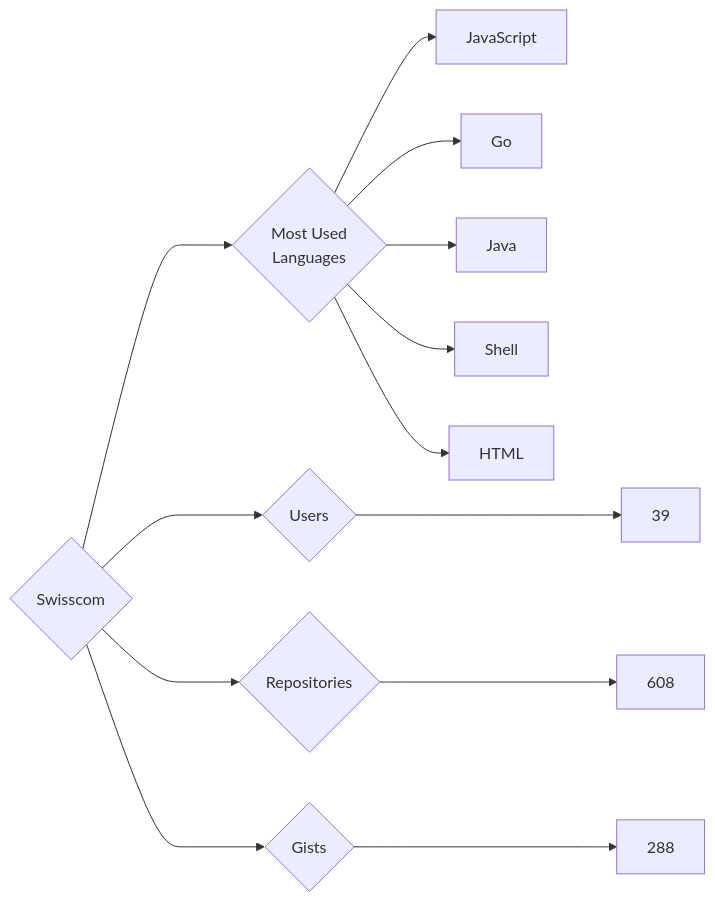
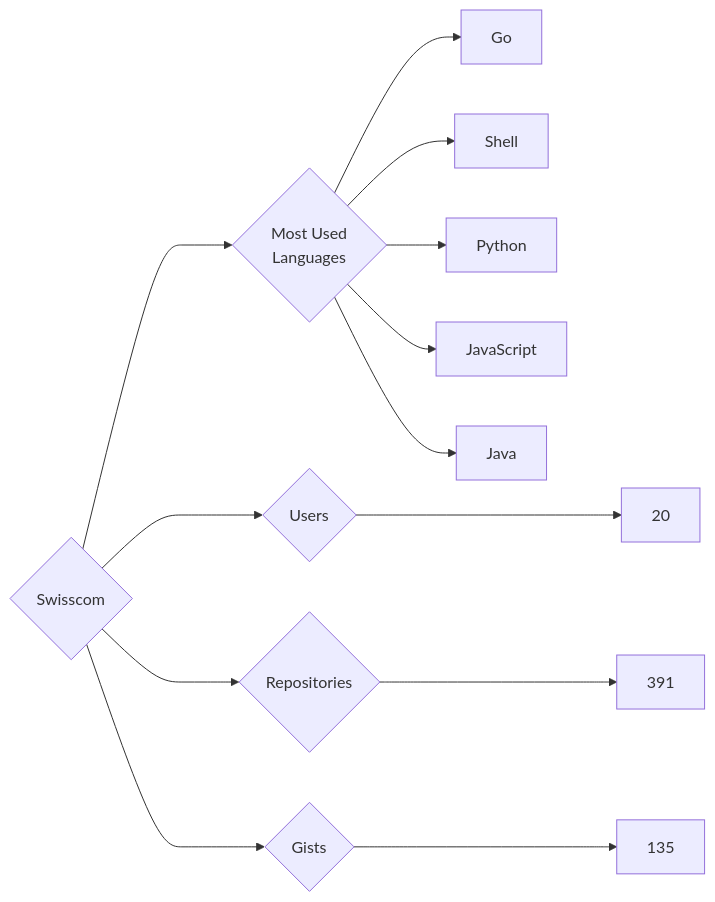
The diagram in targets/Swisscom/README.md (trickest/insiders), drawn with Mermaid before and after one commit. The commit also changed 972 other files, not shown here.

````diff
--- a/targets/Swisscom/README.md
+++ b/targets/Swisscom/README.md
@@ -3,13 +3,13 @@
 ```mermaid
 graph LR
 COMPANY_NAME{Swisscom}
-COMPANY_NAME ---> U{Users} ---> UN[39]
-COMPANY_NAME ---> R{Repositories} ---> RN[608]
-COMPANY_NAME ---> G{Gists} ---> GN[288]
+COMPANY_NAME ---> U{Users} ---> UN[20]
+COMPANY_NAME ---> R{Repositories} ---> RN[391]
+COMPANY_NAME ---> G{Gists} ---> GN[135]
 COMPANY_NAME ---> ML{Most Used<br>Languages}
+ML --> Go[Go]
+ML --> Shell[Shell]
+ML --> Python[Python]
 ML --> JavaScript[JavaScript]
-ML --> Go[Go]
 ML --> Java[Java]
-ML --> Shell[Shell]
-ML --> HTML[HTML]
 ```
````
